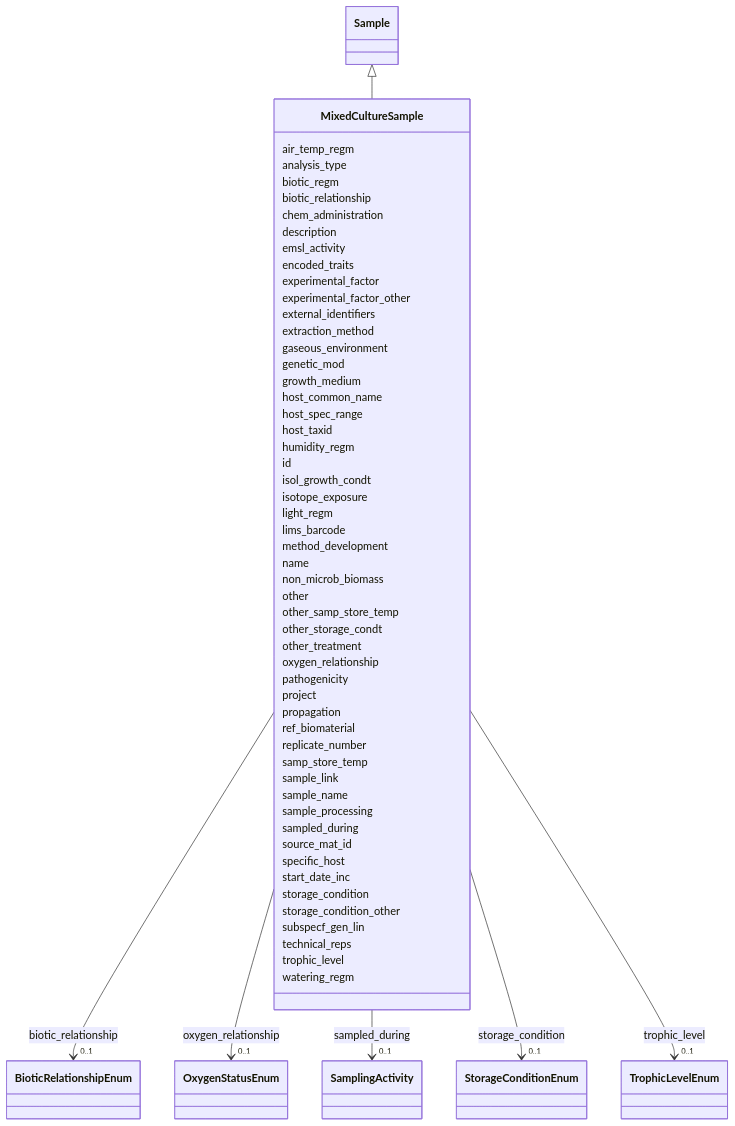
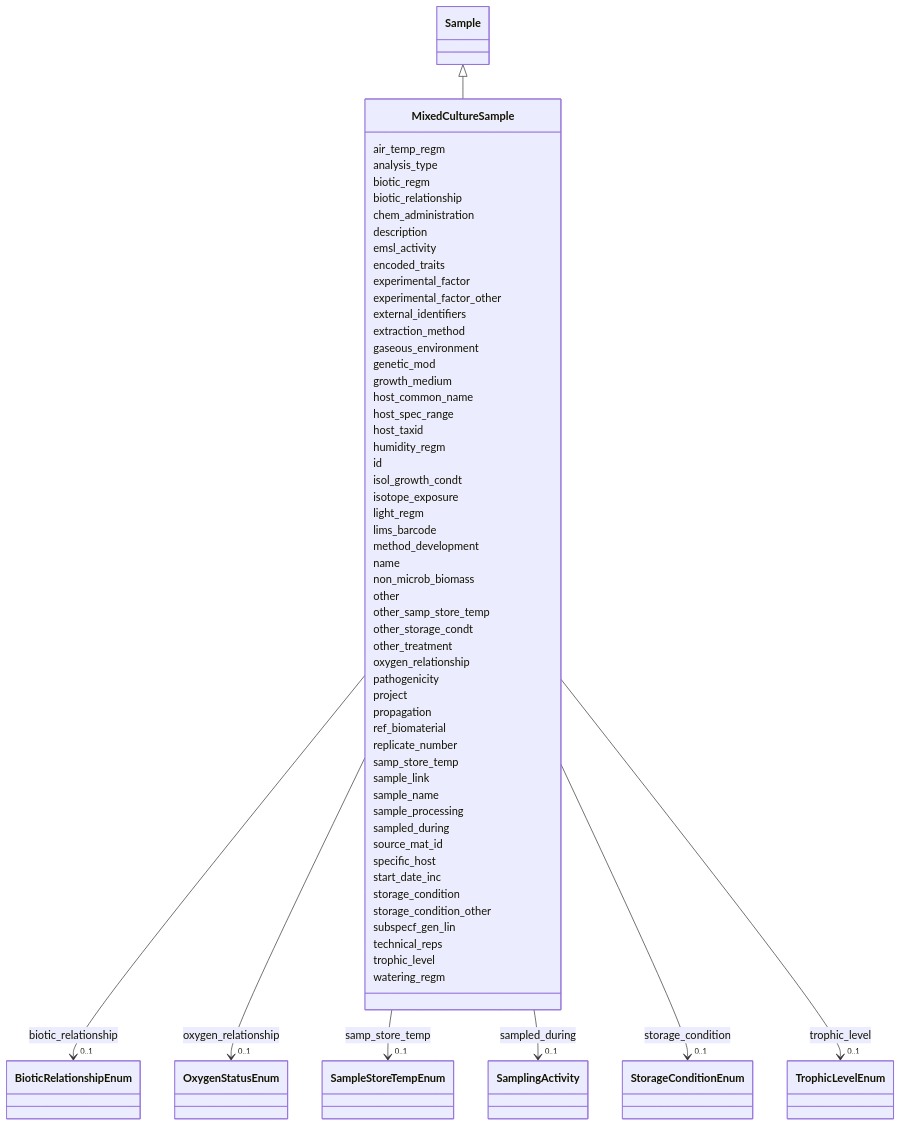
The diagram in docs/elements/MixedCultureSample.md (EMSL-Computing/BASALT-Schema), drawn with Mermaid before and after one commit. The commit also changed other lines of this file and 388 other files, not shown here.

```diff
--- a/docs/elements/MixedCultureSample.md
+++ b/docs/elements/MixedCultureSample.md
@@ -127,6 +127,11 @@
           
     
     
+    
+    
+    MixedCultureSample --> "0..1" SampleStoreTempEnum : samp_store_temp
+    click SampleStoreTempEnum href "../SampleStoreTempEnum"
+    
 
         
       MixedCultureSample : sample_link
```
